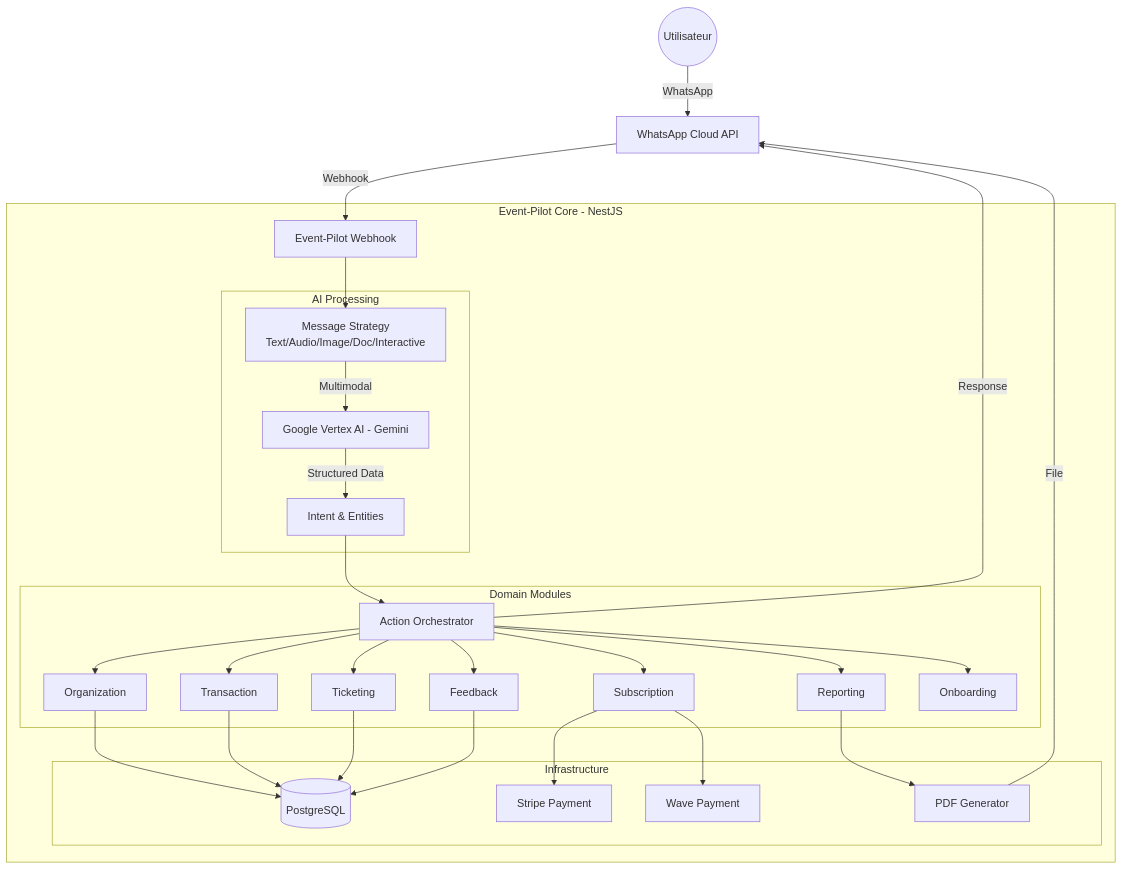
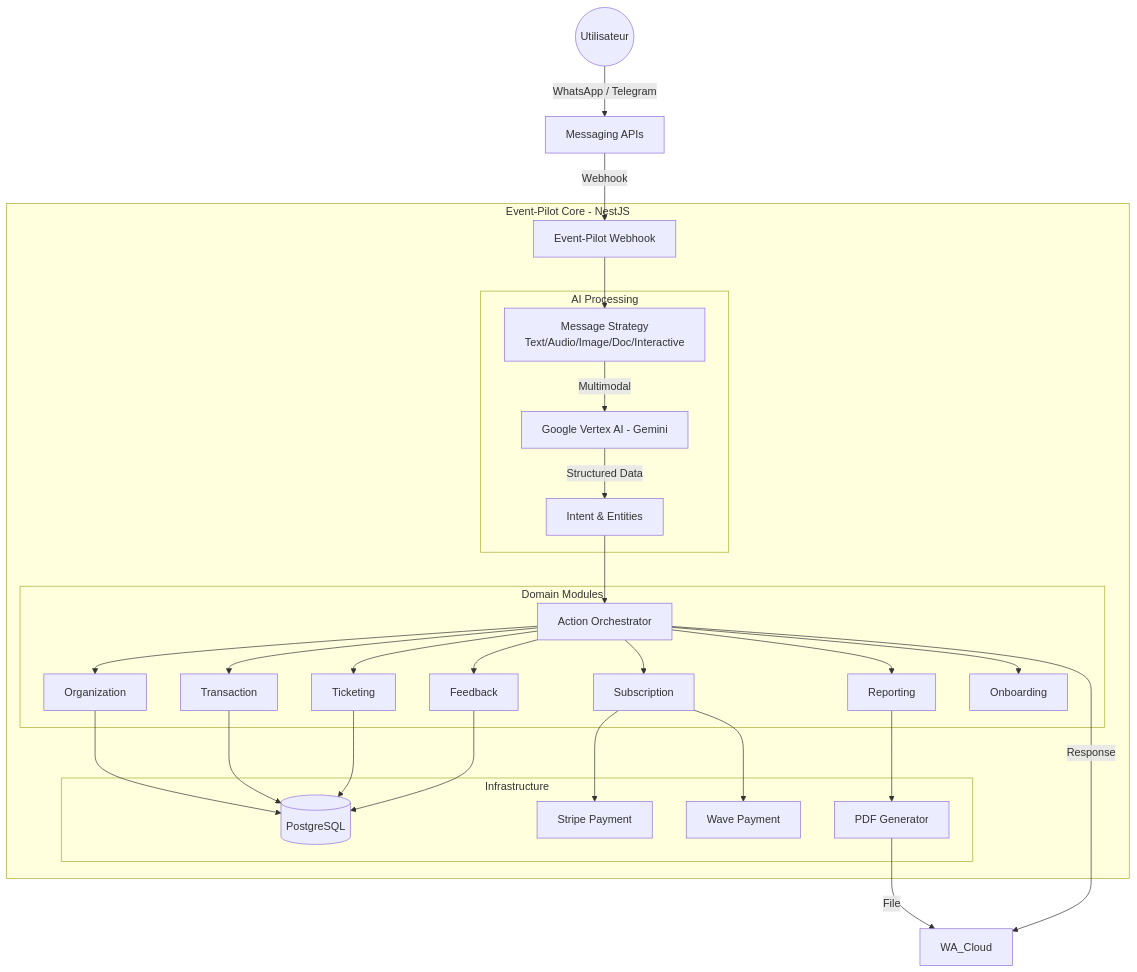
Before and after one commit to yetininoliviercoulibaly/Sikaflow: the first of 3 diagrams in backend/docs/functional_specs.md, drawn with Mermaid. The commit also changed other lines of this file and 4 other files, not shown here.

````diff
--- a/backend/docs/functional_specs.md
+++ b/backend/docs/functional_specs.md
@@ -15,39 +15,39 @@
 ```mermaid
 graph TD
-    User((Utilisateur)) -->|WhatsApp| WA_Cloud[WhatsApp Cloud API]
-    WA_Cloud -->|Webhook| EP_Webhook[Event-Pilot Webhook]
+    User((Utilisateur)) -->|WhatsApp / Telegram| Cloud_API[Messaging APIs]
+    Cloud_API -->|Webhook| EP_Webhook[Event-Pilot Webhook]
 
     subgraph "Event-Pilot Core - NestJS"
         EP_Webhook --> Strategy[Message Strategy<br/>Text/Audio/Image/Doc/Interactive]
 
         subgraph "AI Processing"
             Strategy -->|Multimodal| GEMINI[Google Vertex AI - Gemini]
             GEMINI -->|Structured Data| Intent[Intent & Entities]
         end
 
         Intent --> ActionHandler[Action Orchestrator]
 
         subgraph "Domain Modules"
             ActionHandler --> OrgMod[Organization]
             ActionHandler --> TransMod[Transaction]
             ActionHandler --> SubMod[Subscription]
             ActionHandler --> RepMod[Reporting]
             ActionHandler --> TicketMod[Ticketing]
             ActionHandler --> FeedMod[Feedback]
             ActionHandler --> OnboardMod[Onboarding]
         end
 
         subgraph "Infrastructure"
             OrgMod --> DB[(PostgreSQL)]
             TransMod --> DB
             TicketMod --> DB
             SubMod --> Stripe[Stripe Payment]
             SubMod --> Wave[Wave Payment]
             RepMod --> PDF[PDF Generator]
             FeedMod --> DB
         end
     end
 
     PDF -->|File| WA_Cloud
     ActionHandler -->|Response| WA_Cloud
 ```
````
